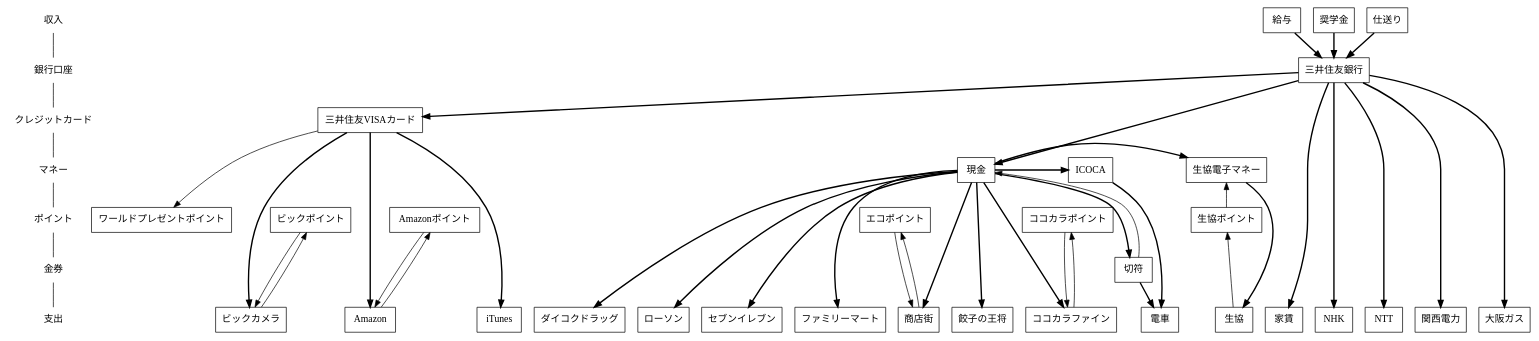
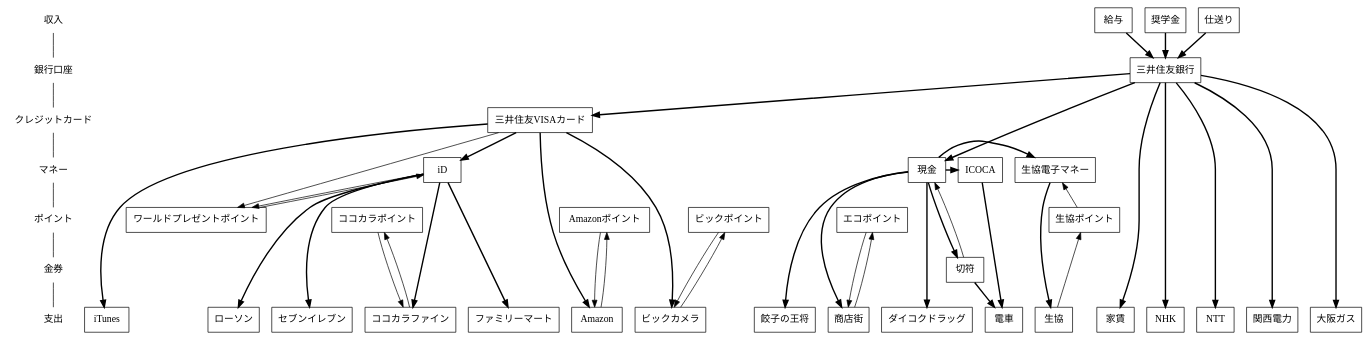
Before and after one commit to saireya/moneyflow: the diagram in flow.dot, drawn with Graphviz.

Commit message:
2014/01: Added iD

```diff
--- a/flow.dot
+++ b/flow.dot
@@ -1,107 +1,111 @@
 // dot -Tsvg flow.dot -o flow.svg
 digraph "MoneyFlow"
 {
 	node [ shape = box ];
 
 	"収入", "銀行口座", "クレジットカード", "マネー", "ポイント", "金券", "支出" [shape = none];
 	"収入" -> "銀行口座" -> "クレジットカード" -> "マネー" -> "ポイント" -> "金券" -> "支出" [arrowhead = none];
 	{
 		rank = same; "収入";
 		給与;
 		奨学金;
 		仕送り;
 	}
 
 	{
 		rank = same; "銀行口座";
 		三井住友銀行;
 	}
 
 	{
 		rank = same; "クレジットカード";
 		三井住友VISAカード;
 	}
 
 	{
 		rank = same; "マネー";
 		ICOCA;
 		生協電子マネー;
 		現金;
+		iD;
 	}
 
 	{
 		rank = same; "ポイント";
 		// クレジットカード関係
 		ワールドプレゼントポイント;
 		// 独自ポイント
 		エコポイント;
 		生協ポイント;
 		ココカラポイント;
 		ビックポイント;
 		Amazonポイント;
 	}
 
 	{
 		rank = same; "金券";
 		切符;
 	}
 
 	{
 		rank = same; "支出";
 		家賃;
 		// コンビニ
 		ローソン;
 		セブンイレブン;
 		ファミリーマート;
 		// 交通
 		電車;
 		// インフラ
 		NHK;
 		NTT;
 		関西電力;
 		大阪ガス;
 		// 店舗
 		商店街;
 		生協;
 		ココカラファイン;
 		ダイコクドラッグ;
 		ビックカメラ;
 		餃子の王将;
 		// ネット
 		Amazon;
 		iTunes;
 	}
 
 	// SMBC
 	給与 -> 三井住友銀行 [style="bold", weight=100];
 	奨学金 -> 三井住友銀行 [style="bold", weight=100];
 	仕送り -> 三井住友銀行 [style="bold", weight=100];
 	三井住友銀行 -> 現金, 家賃, 関西電力, 大阪ガス, NHK, NTT [style="bold", weight=100];
 
 	// SMBC-Visa
 	三井住友銀行 -> 三井住友VISAカード [style="bold", weight=100];
 	三井住友VISAカード -> iTunes [style="bold", weight=100];
 	三井住友VISAカード -> Amazon [style="bold", weight=100];
 	三井住友VISAカード -> ワールドプレゼントポイント;
 	Amazon -> Amazonポイント -> Amazon;
 	三井住友VISAカード -> ビックカメラ [style="bold", weight=100];
 	ビックカメラ -> ビックポイント -> ビックカメラ;
+	// iD
+	三井住友VISAカード -> iD [style="bold", weight=100];
+	iD -> ローソン [style="bold", weight=100];
+	iD -> セブンイレブン [style="bold", weight=100];
+	iD -> ファミリーマート [style="bold", weight=100];
+	iD -> ココカラファイン [style="bold", weight=100];
+	ココカラファイン -> ココカラポイント -> ココカラファイン;
+	iD -> ワールドプレゼントポイント -> iD;
 
 	// 現金
 	現金 -> 商店街 [style="bold", weight=100];
 	商店街 -> エコポイント -> 商店街;
-	現金 -> ローソン [style="bold", weight=100];
-	現金 -> セブンイレブン [style="bold", weight=100];
-	現金 -> ファミリーマート [style="bold", weight=100];
 	現金 -> 生協電子マネー [style="bold", weight=100];
 	生協電子マネー -> 生協 [style="bold", weight=100];
 	生協 -> 生協ポイント -> 生協電子マネー;
-	現金 -> ココカラファイン [style="bold", weight=100];
-	ココカラファイン -> ココカラポイント -> ココカラファイン;
 	現金 -> ダイコクドラッグ [style="bold", weight=100];
 	現金 -> 餃子の王将 [style="bold", weight=100];
 
 	現金 -> ICOCA -> 電車 [style="bold", weight=100];
 	現金 -> 切符 -> 電車 [style="bold", weight=100];
 	切符 -> 現金;
 } 
```
